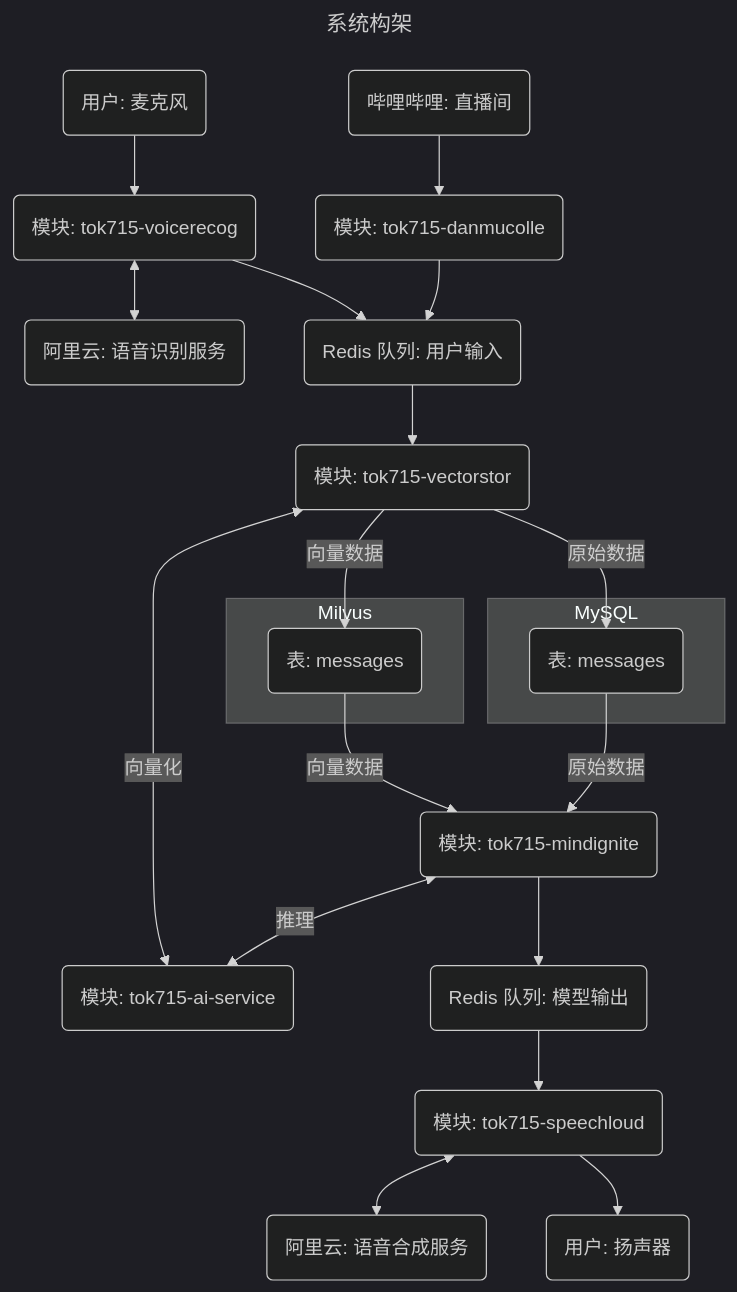
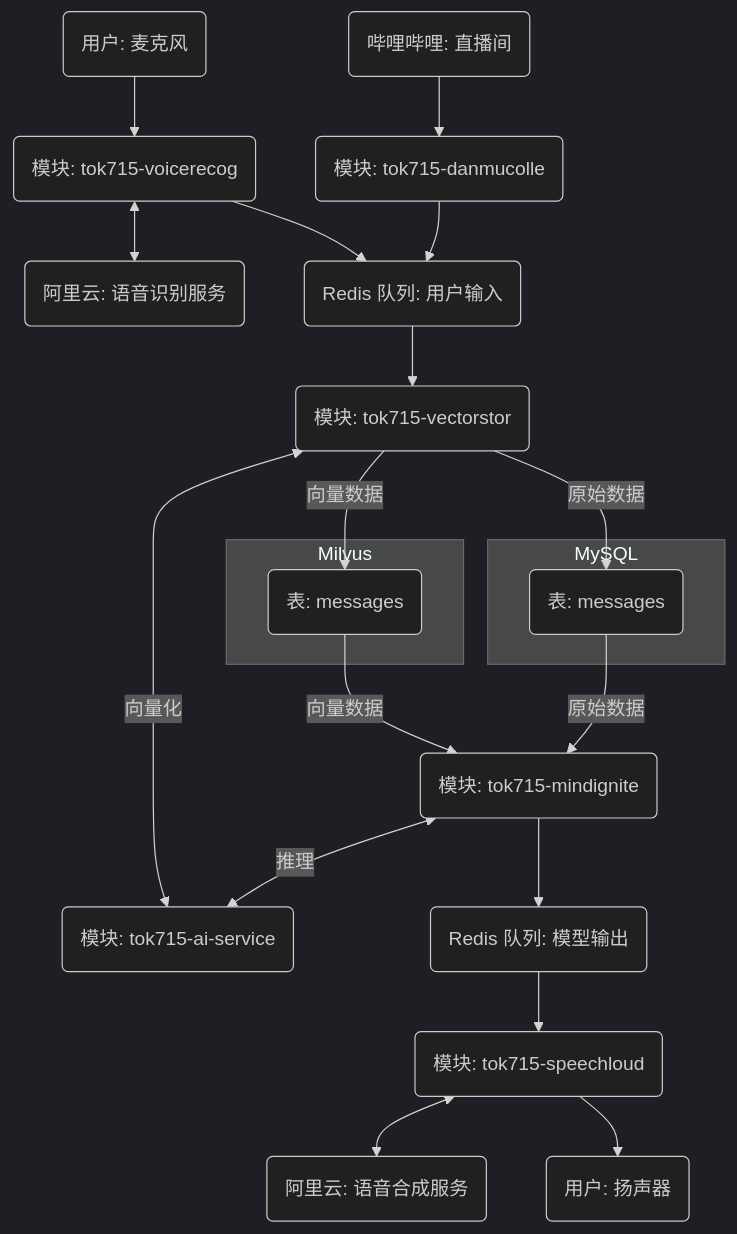
Before and after one commit to tok715/tok715: the diagram in README.md, drawn with Mermaid (dark theme). The commit also changed other lines of this file, not shown here.

````diff
--- a/README.md
+++ b/README.md
@@ -5,39 +7,36 @@
 ```mermaid
----
-title: 系统构架
----
 flowchart TB
     node_mic(用户: 麦克风)
     node_speaker(用户: 扬声器)
     node_voicerecog_main("模块: tok715-voicerecog")
     node_speechloud_main("模块: tok715-speechloud")
     node_vectorstor_main("模块: tok715-vectorstor")
     node_ai_service_main("模块: tok715-ai-service")
     node_mindignite_main("模块: tok715-mindignite")
     node_danmucolle_main("模块: tok715-danmucolle")
     node_aliyun_nls(阿里云: 语音识别服务)
     node_aliyun_tts(阿里云: 语音合成服务)
     node_bilibili_stream(哔哩哔哩: 直播间)
     node_redis_queue_input(Redis 队列: 用户输入)
     node_redis_queue_output(Redis 队列: 模型输出)
 
     subgraph MySQL
         node_mysql_messages(表: messages)
     end
     subgraph Milvus
         node_milvus_messages(表: messages)
     end
 
     node_mic --> node_voicerecog_main <--> node_aliyun_nls
     node_voicerecog_main --> node_redis_queue_input
     node_redis_queue_input --> node_vectorstor_main -- 原始数据 --> node_mysql_messages
     node_vectorstor_main <-- 向量化 --> node_ai_service_main
     node_vectorstor_main -- 向量数据 --> node_milvus_messages
     node_milvus_messages -- 向量数据 --> node_mindignite_main
     node_mysql_messages -- 原始数据 --> node_mindignite_main
     node_mindignite_main <-- 推理 --> node_ai_service_main
     node_mindignite_main --> node_redis_queue_output --> node_speechloud_main
     node_speechloud_main <--> node_aliyun_tts
     node_speechloud_main --> node_speaker
     node_bilibili_stream --> node_danmucolle_main --> node_redis_queue_input
 ```
````
